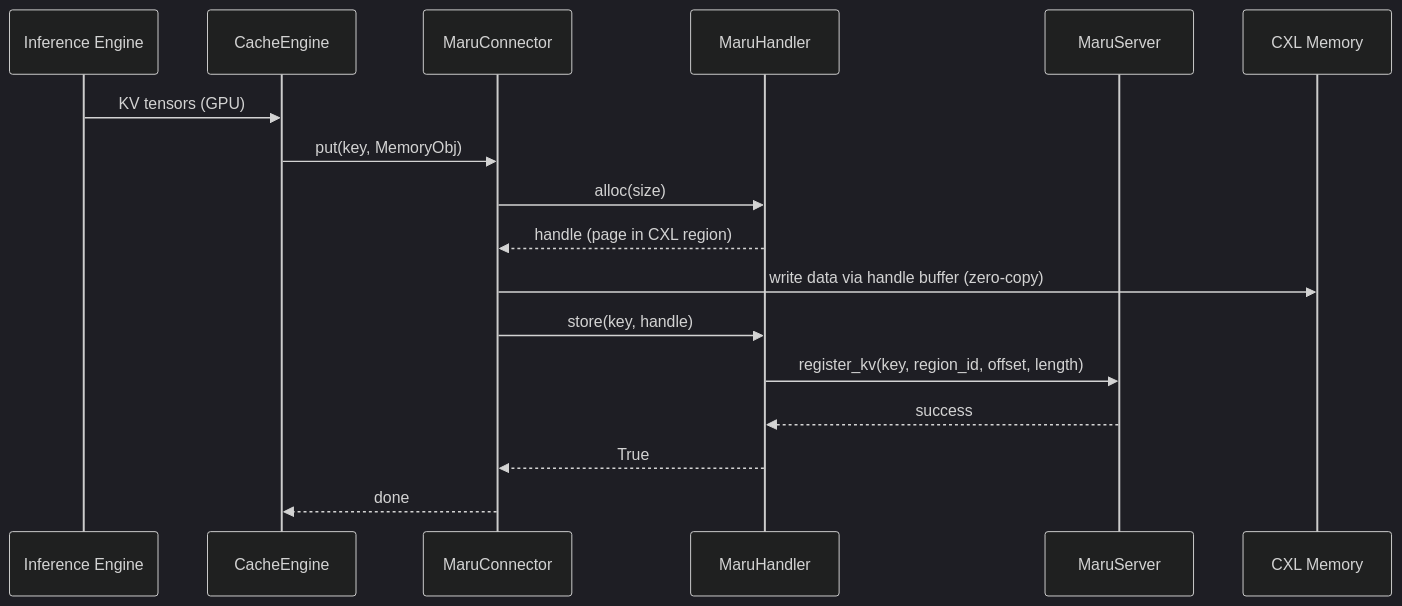
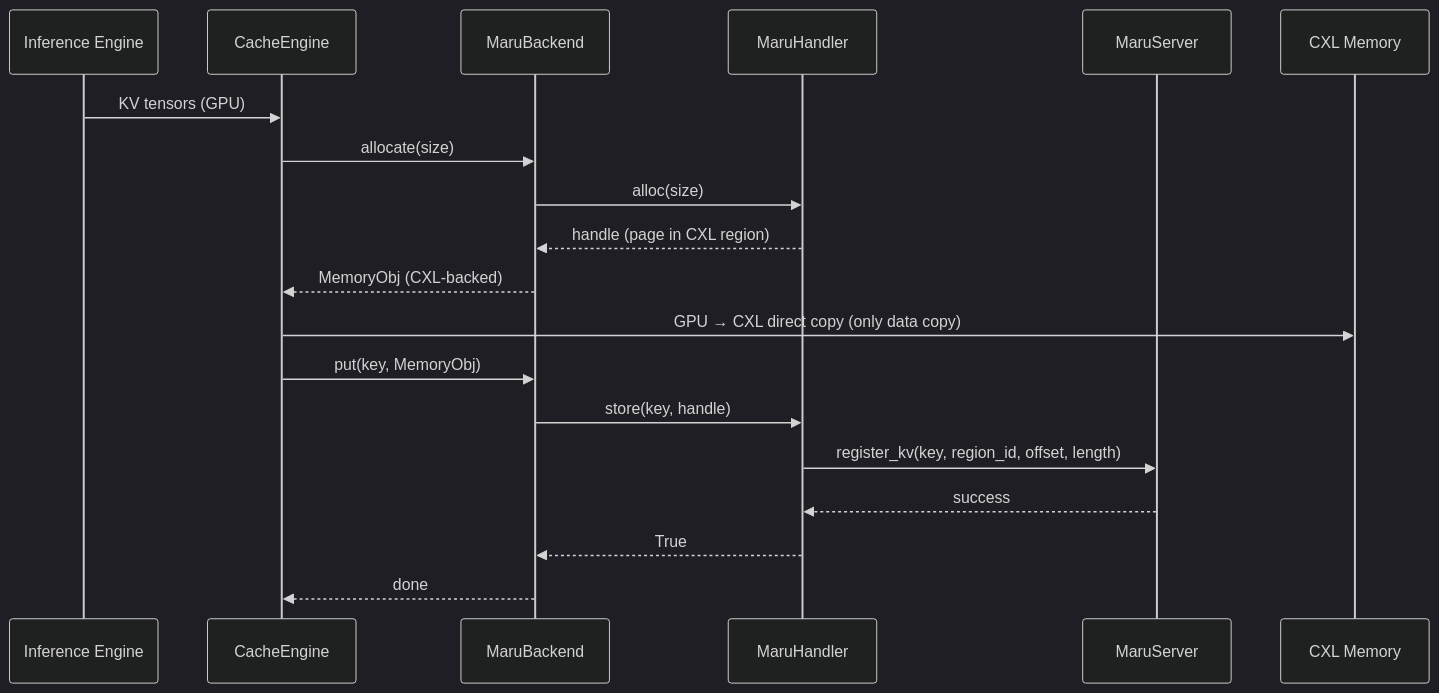
One commit to xcena-dev/maru changed the first of 2 diagrams in docs/source/integration/lmcache.md. Above: the diagram before and after it, drawn with Mermaid (dark theme). The commit also changed other lines of this file and 46 other files, not shown here.

First line of the commit message:
feat/maru backend (#29)

````diff
--- a/docs/source/integration/lmcache.md
+++ b/docs/source/integration/lmcache.md
@@ -52,20 +54,22 @@
 ```mermaid
 sequenceDiagram
     participant IE as Inference Engine
     participant CE as CacheEngine
-    participant MC as MaruConnector
+    participant MB as MaruBackend
     participant MH as MaruHandler
     participant MS as MaruServer
     participant CXL as CXL Memory
 
     IE->>CE: KV tensors (GPU)
-    CE->>MC: put(key, MemoryObj)
-    MC->>MH: alloc(size)
-    MH-->>MC: handle (page in CXL region)
-    MC->>CXL: write data via handle buffer (zero-copy)
-    MC->>MH: store(key, handle)
+    CE->>MB: allocate(size)
+    MB->>MH: alloc(size)
+    MH-->>MB: handle (page in CXL region)
+    MB-->>CE: MemoryObj (CXL-backed)
+    CE->>CXL: GPU → CXL direct copy (only data copy)
+    CE->>MB: put(key, MemoryObj)
+    MB->>MH: store(key, handle)
     MH->>MS: register_kv(key, region_id, offset, length)
     MS-->>MH: success
-    MH-->>MC: True
-    MC-->>CE: done
+    MH-->>MB: True
+    MB-->>CE: done
 ```
````
